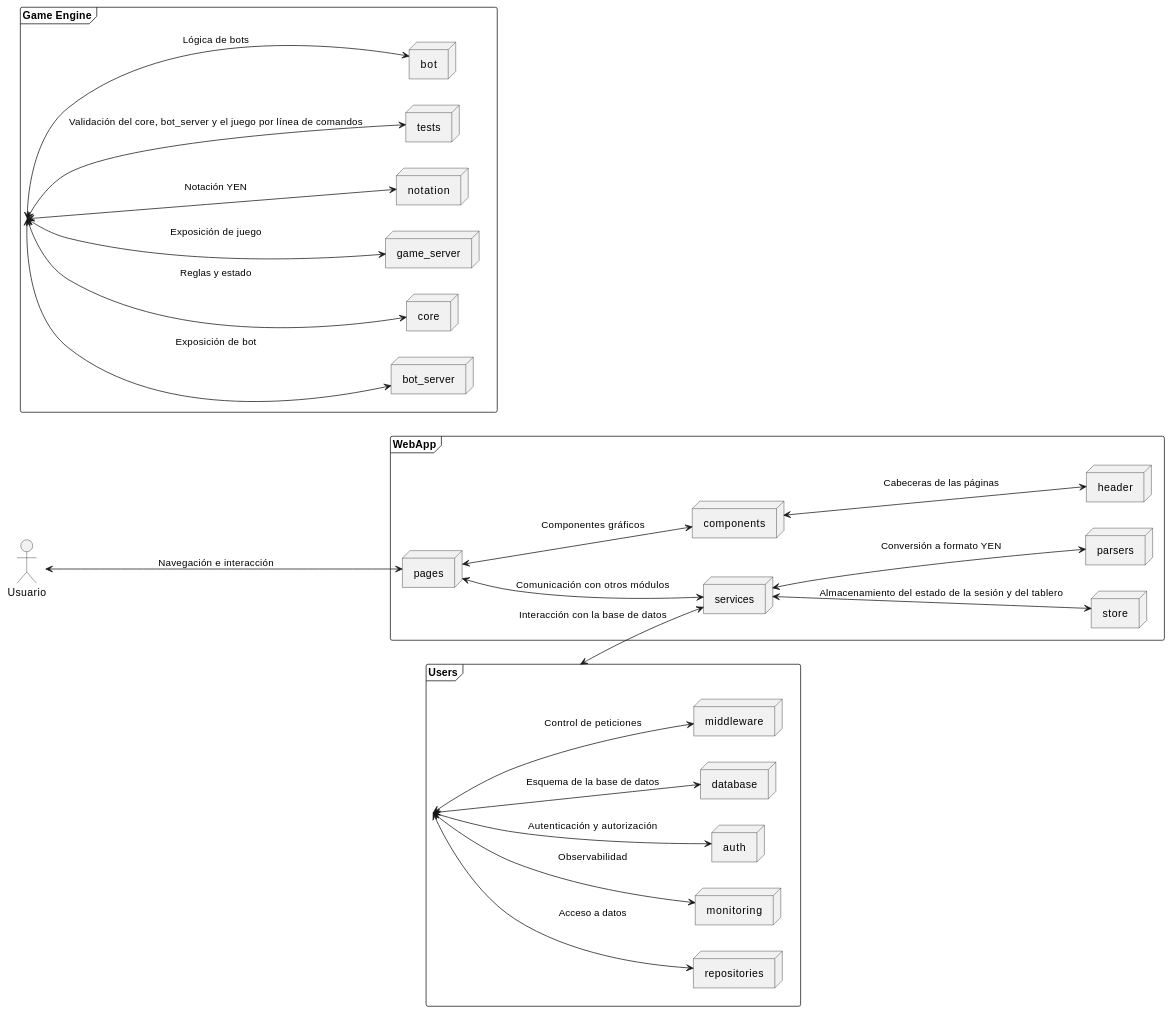
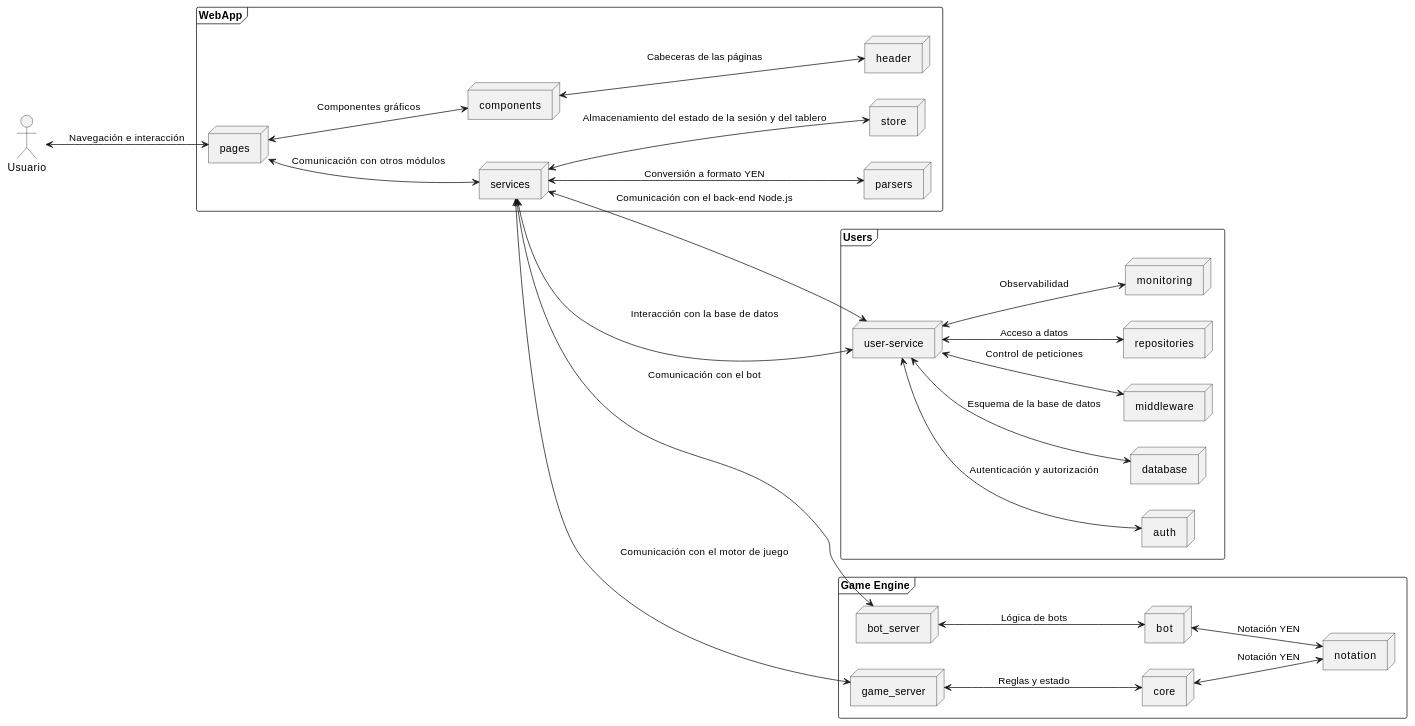
Before and after one commit to Arquisoft/yovi_es5a: the third of 3 diagrams in docs/src/05_building_block_view.adoc, drawn with PlantUML. The commit also changed other lines of this file, not shown here.

Commit message:
Corregidos los umls de la vista de bloques de construcción

```diff
--- a/docs/src/05_building_block_view.adoc
+++ b/docs/src/05_building_block_view.adoc
@@ -277,58 +276,59 @@
 [plantuml,"Nivel 3",png]
 ----
 @startuml
 skinparam monochrome true
 left to right direction
 
 actor Usuario
 
 frame "WebApp" {
   node "pages"
   node "components"
   node "services"
   node "store"
   node "parsers"
   node "header"
 }
 
 frame "Users" {
+  node "user-service"
   node "auth"
   node "database"
   node "middleware"
   node "repositories"
   node "services"
   node "monitoring"
 }
 
 frame "Game Engine" {
   node "bot"
   node "bot_server"
   node "core"
   node "game_server"
   node "notation"
-  node "tests"
 }
 
 "Usuario" <--> "pages" : Navegación e interacción
 "pages" <--> "components" : Componentes gráficos
 "pages" <--> "services" : Comunicación con otros módulos
 "services" <--> "store" : Almacenamiento del estado de la sesión y del tablero
 "services" <--> "parsers" : Conversión a formato YEN
 "components" <--> "header" : Cabeceras de las páginas
 
-"Users" <--> "auth" : Autenticación y autorización
-"Users" <--> "database" : Esquema de la base de datos
-"Users" <--> "middleware" : Control de peticiones
-"Users" <--> "repositories" : Acceso a datos
-"Users" <--> "services" : Interacción con la base de datos
-"Users" <--> "monitoring" : Observabilidad
+"services" <--> "user-service" : Comunicación con el back-end Node.js
+"user-service" <--> "auth" : Autenticación y autorización
+"user-service" <--> "database" : Esquema de la base de datos
+"user-service" <--> "middleware" : Control de peticiones
+"user-service" <--> "repositories" : Acceso a datos
+"user-service" <--> "services" : Interacción con la base de datos
+"user-service" <--> "monitoring" : Observabilidad
 
-"Game Engine" <--> "bot" : Lógica de bots
-"Game Engine" <--> "bot_server" : Exposición de bot
-"Game Engine" <--> "core" : Reglas y estado
-"Game Engine" <--> "game_server" : Exposición de juego
-"Game Engine" <--> "notation" : Notación YEN
-"Game Engine" <--> "tests" : Validación del core, bot_server y el juego por línea de comandos
+"services" <--> "bot_server" : Comunicación con el bot
+"services" <--> "game_server" : Comunicación con el motor de juego
+"bot_server" <--> "bot" : Lógica de bots
+"game_server" <--> "core" : Reglas y estado
+"core" <--> "notation" : Notación YEN
+"bot" <--> "notation" : Notación YEN
 
 @enduml
 ----
```
